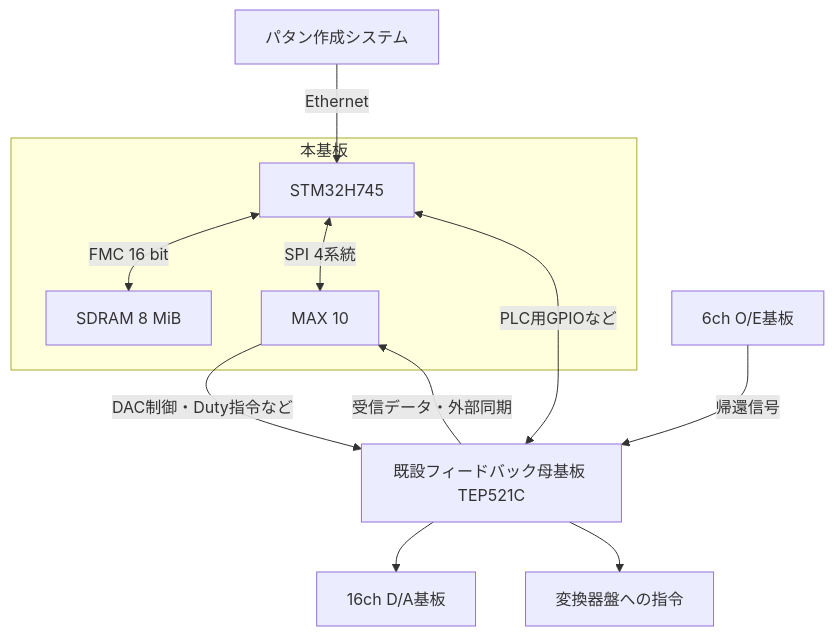
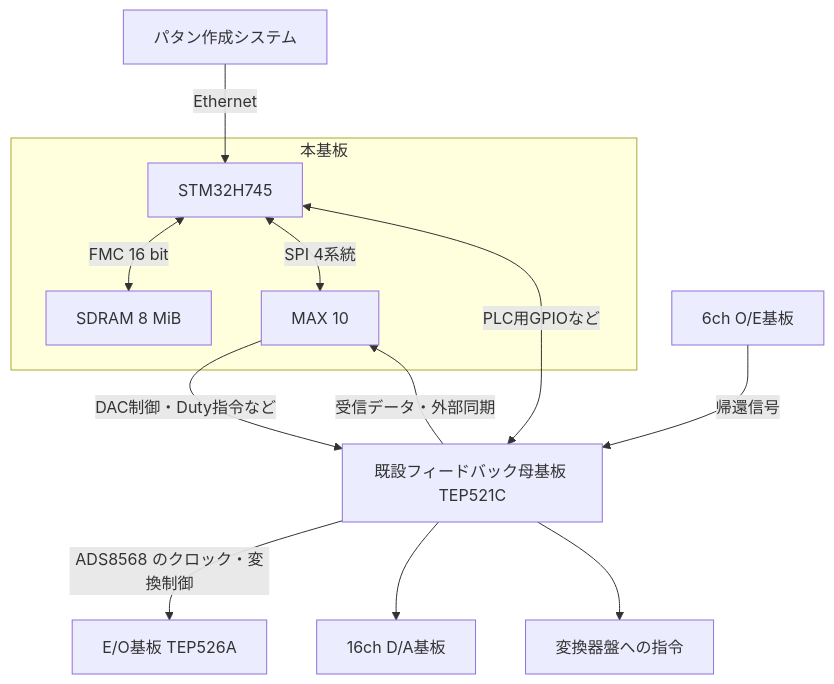
Before and after one commit to kurimoto-ps/jparc-fb-board: the diagram in README.md, drawn with Mermaid. The commit also changed other lines of this file and 3 other files, not shown here.

````diff
--- a/README.md
+++ b/README.md
@@ -9,15 +11,16 @@
 ```mermaid
 flowchart TD
     Host["パタン作成システム"] -->|Ethernet| MCU
     subgraph Board["本基板"]
         MCU["STM32H745"] <-->|FMC 16 bit| RAM["SDRAM 8 MiB"]
         MCU <-->|SPI 4系統| FPGA["MAX 10"]
     end
     Mother["既設フィードバック母基板 TEP521C"]
     MCU <-->|PLC用GPIOなど| Mother
     Mother -->|受信データ・外部同期| FPGA
     FPGA -->|DAC制御・Duty指令など| Mother
     OE["6ch O/E基板"] -->|帰還信号| Mother
+    Mother -->|ADS8568 のクロック・変換制御| EO["E/O基板 TEP526A"]
     Mother --> DAC["16ch D/A基板"]
     Mother --> Power["変換器盤への指令"]
 ```
````
